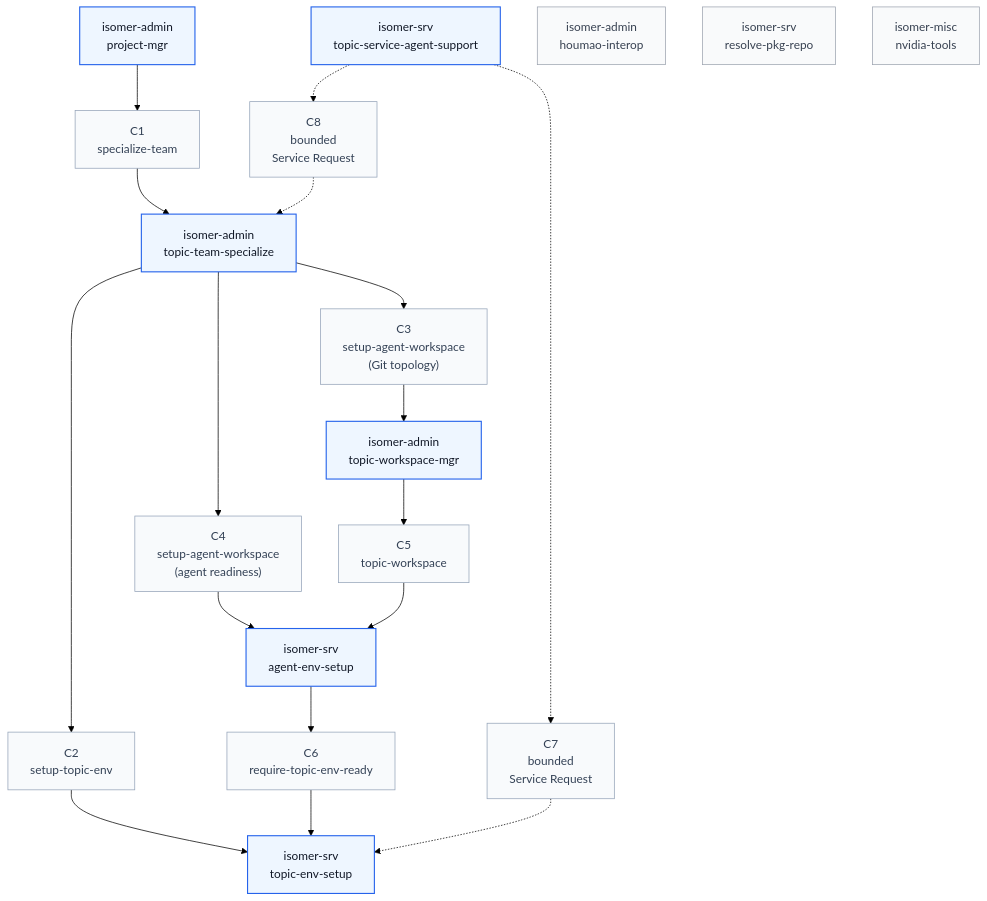
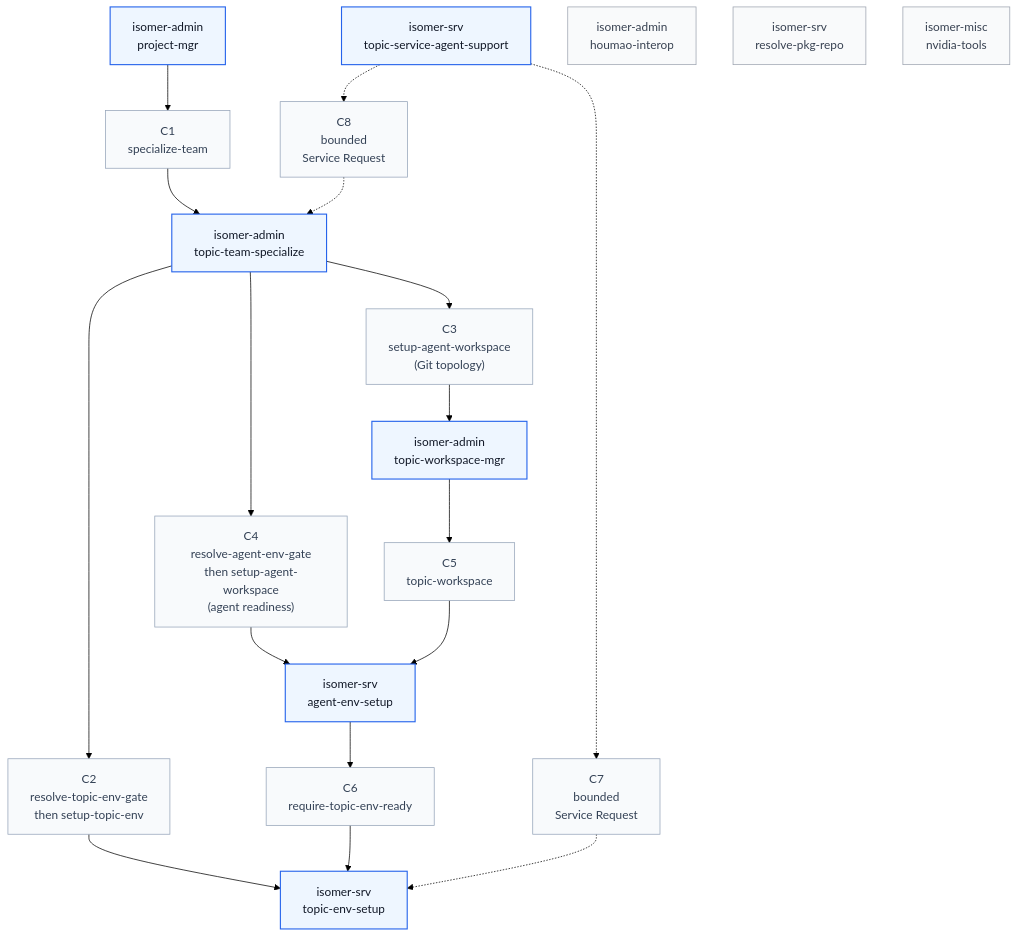
One commit to CodeGandee/isomer-labs changed the diagram in skillset/callgraph.md. Above: the diagram before and after it, drawn with Mermaid (forest theme). The commit also changed other lines of this file and 55 other files, not shown here.

````diff
--- a/skillset/callgraph.md
+++ b/skillset/callgraph.md
@@ -5,39 +5,39 @@
 ```mermaid
 flowchart TD
     classDef skill fill:#eef6ff,stroke:#2563eb,stroke-width:1.5px,color:#111827
     classDef route fill:#f8fafc,stroke:#94a3b8,stroke-width:1px,color:#334155
     classDef isolated fill:#f9fafb,stroke:#9ca3af,color:#374151
 
     PM["isomer-admin<br/>project-mgr"]:::skill
     TTS["isomer-admin<br/>topic-team-specialize"]:::skill
     TWM["isomer-admin<br/>topic-workspace-mgr"]:::skill
     TENV["isomer-srv<br/>topic-env-setup"]:::skill
     AENV["isomer-srv<br/>agent-env-setup"]:::skill
     TSA["isomer-srv<br/>topic-service-agent-support"]:::skill
 
     C1["C1<br/>specialize-team"]:::route
-    C2["C2<br/>setup-topic-env"]:::route
+    C2["C2<br/>resolve-topic-env-gate<br/>then setup-topic-env"]:::route
     C3["C3<br/>setup-agent-workspace<br/>(Git topology)"]:::route
-    C4["C4<br/>setup-agent-workspace<br/>(agent readiness)"]:::route
+    C4["C4<br/>resolve-agent-env-gate<br/>then setup-agent-workspace<br/>(agent readiness)"]:::route
     C5["C5<br/>topic-workspace"]:::route
     C6["C6<br/>require-topic-env-ready"]:::route
     C7["C7<br/>bounded<br/>Service Request"]:::route
     C8["C8<br/>bounded<br/>Service Request"]:::route
 
     PM --> C1 --> TTS
 
     TTS --> C2 --> TENV
     TTS --> C3 --> TWM
     TTS --> C4 --> AENV
 
     TWM --> C5 --> AENV
 
     AENV --> C6 --> TENV
 
     TSA -.-> C7 -.-> TENV
     TSA -.-> C8 -.-> TTS
 
     HOU["isomer-admin<br/>houmao-interop"]:::isolated
     PKG["isomer-srv<br/>resolve-pkg-repo"]:::isolated
     NVIDIA["isomer-misc<br/>nvidia-tools"]:::isolated
 ```
````
